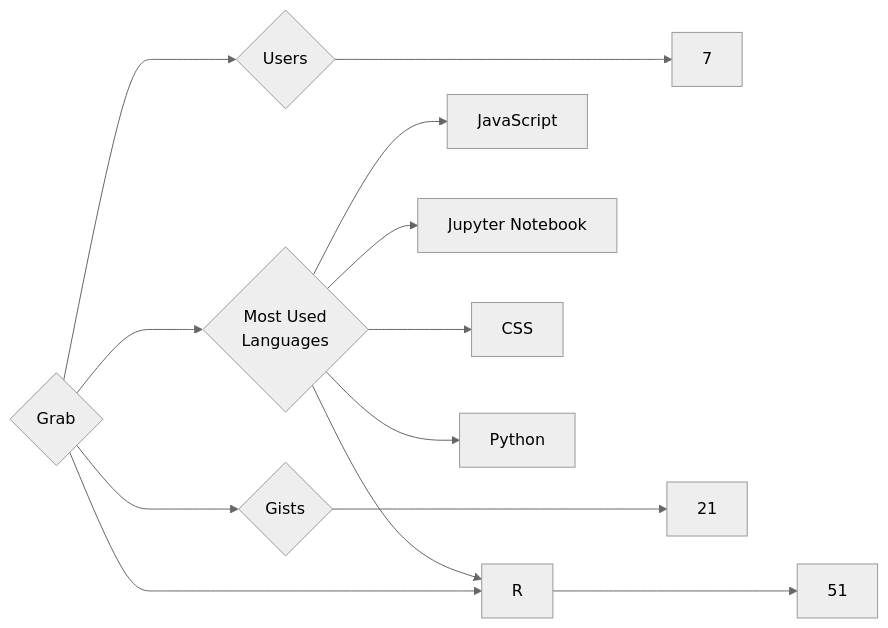
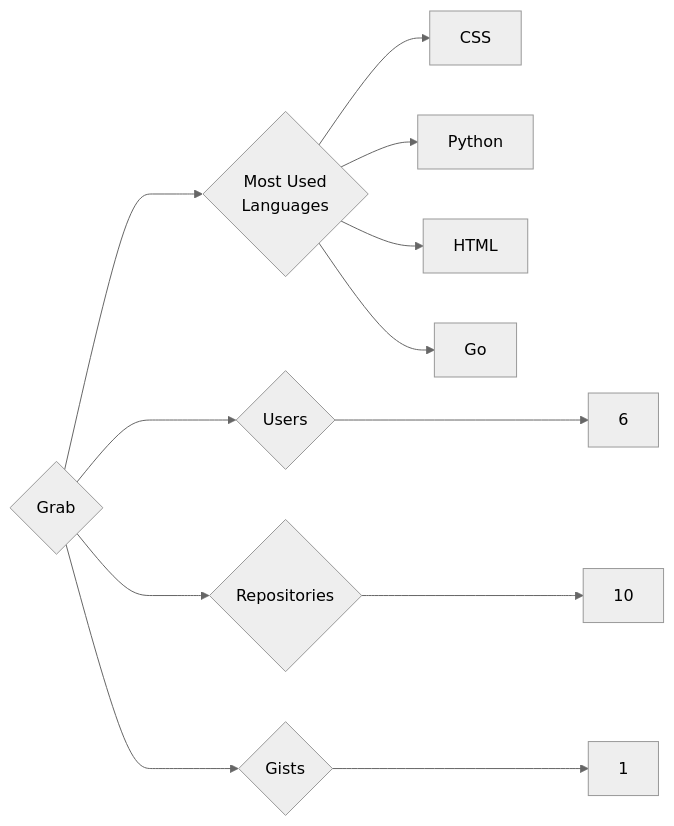
One commit to trickest/insiders changed the diagram in targets/Grab/README.md. Above: the diagram before and after it, drawn with Mermaid (neutral theme). The commit also changed 859 other files, not shown here.

````diff
--- a/targets/Grab/README.md
+++ b/targets/Grab/README.md
@@ -3,13 +3,12 @@
 ```mermaid
 graph LR
 COMPANY_NAME{Grab}
-COMPANY_NAME ---> U{Users} ---> UN[7]
-COMPANY_NAME ---> R{Repositories} ---> RN[51]
-COMPANY_NAME ---> G{Gists} ---> GN[21]
+COMPANY_NAME ---> U{Users} ---> UN[6]
+COMPANY_NAME ---> R{Repositories} ---> RN[10]
+COMPANY_NAME ---> G{Gists} ---> GN[1]
 COMPANY_NAME ---> ML{Most Used<br>Languages}
-ML --> JavaScript[JavaScript]
-ML --> R[R]
-ML --> Jupyter_Notebook[Jupyter Notebook]
 ML --> CSS[CSS]
 ML --> Python[Python]
+ML --> HTML[HTML]
+ML --> Go[Go]
 ```
````
